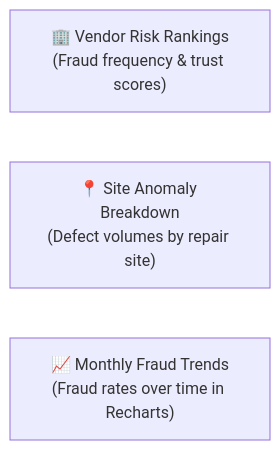
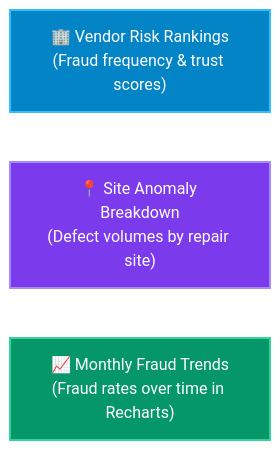
The seventh of 7 diagrams in AGENTS.md (IdeaForg-e/VeriVision-AI), drawn with Mermaid before and after one commit. The commit also changed other lines of this file and 1 other file, not shown here.

Commit message:
style(docs): colorize all Mermaid architecture and workflow diagrams across README.md and AGENTS.md with vibrant classDef palettes

````diff
--- a/AGENTS.md
+++ b/AGENTS.md
@@ -355,6 +389,14 @@
 ```mermaid
 flowchart LR
+    classDef vendor fill:#0284c7,stroke:#38bdf8,stroke-width:2px,color:#ffffff;
+    classDef site fill:#7c3aed,stroke:#a78bfa,stroke-width:2px,color:#ffffff;
+    classDef trend fill:#059669,stroke:#34d399,stroke-width:2px,color:#ffffff;
+
     A["🏢 Vendor Risk Rankings\n(Fraud frequency & trust scores)"]
     B["📍 Site Anomaly Breakdown\n(Defect volumes by repair site)"]
     C["📈 Monthly Fraud Trends\n(Fraud rates over time in Recharts)"]
+
+    class A vendor;
+    class B site;
+    class C trend;
 ```
````
